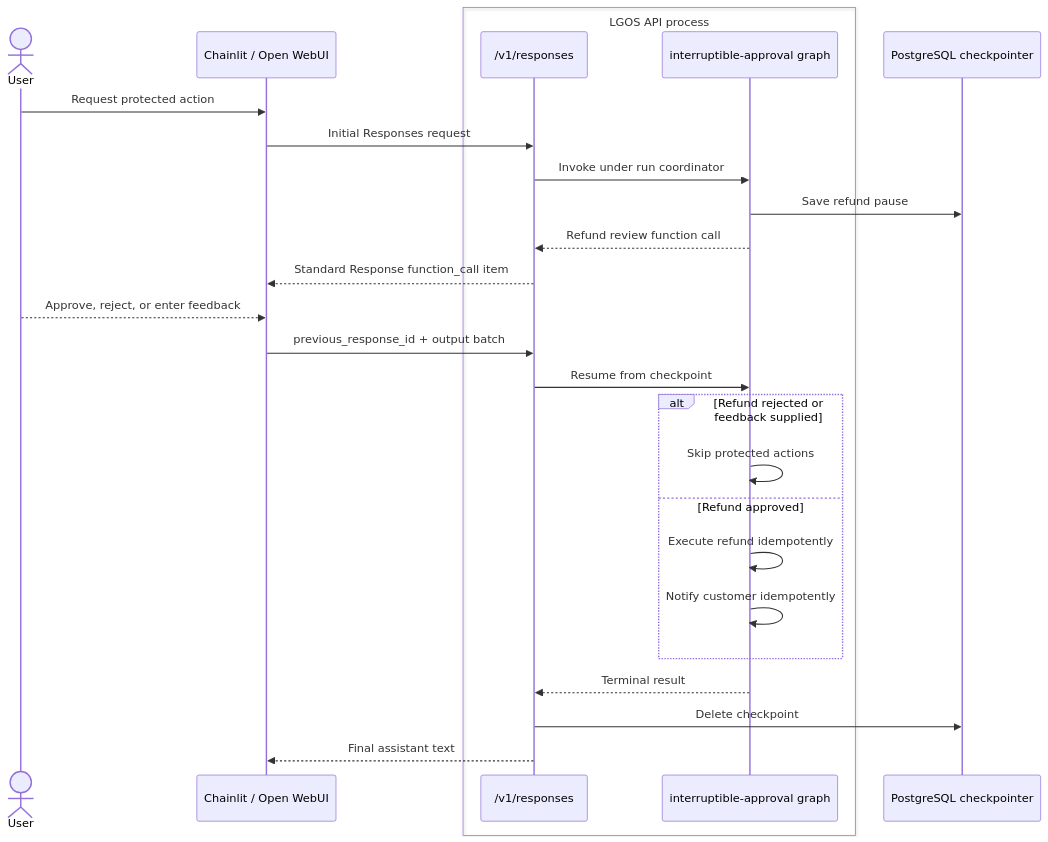
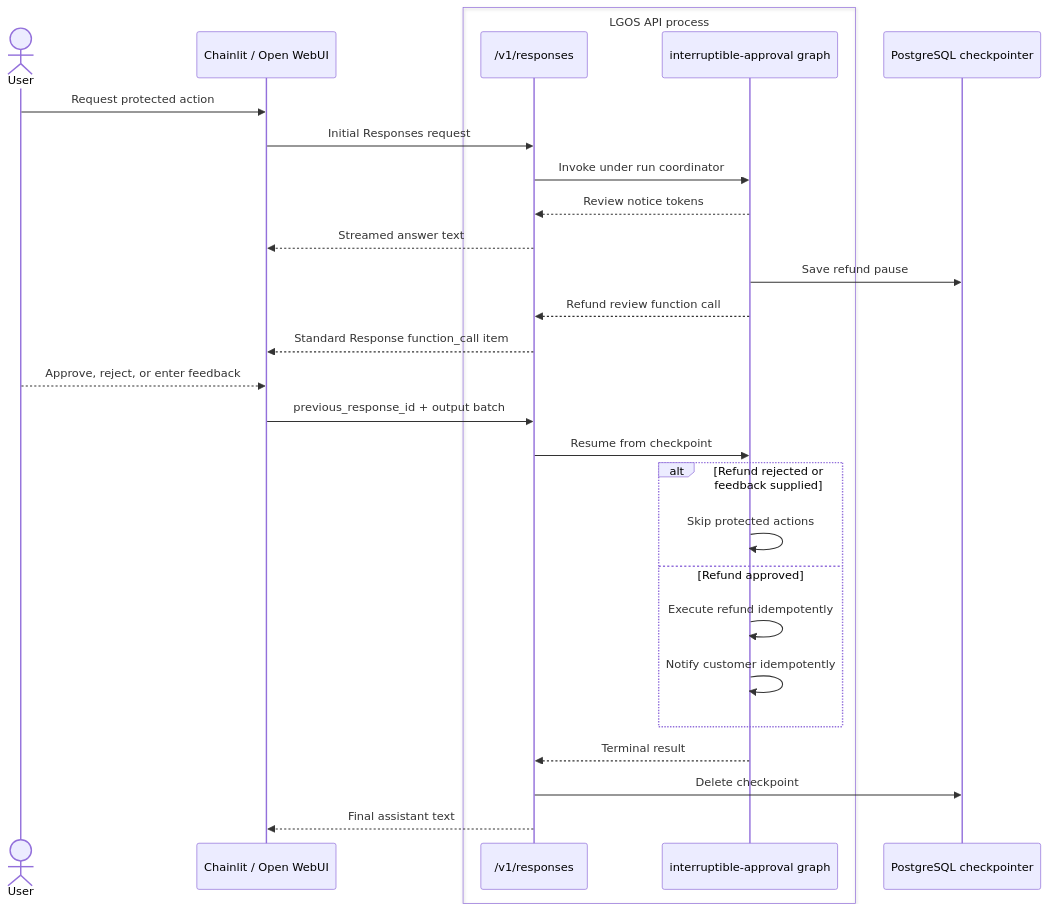
The second of 2 diagrams in docs/demo/graphs/interruptible-approval.md (ilkersigirci/langgraph-openai-serve), drawn with Mermaid before and after one commit. The commit also changed other lines of this file and 3 other files, not shown here.

Commit message:
feat(demo): stream a notice before the refund review

````diff
--- a/docs/demo/graphs/interruptible-approval.md
+++ b/docs/demo/graphs/interruptible-approval.md
@@ -33,29 +40,31 @@
 ```mermaid
 sequenceDiagram
   actor User
   participant UI as Chainlit / Open WebUI
   box LGOS API process
     participant API as /v1/responses
     participant Graph as interruptible-approval graph
   end
   participant DB as PostgreSQL checkpointer
 
   User->>UI: Request protected action
   UI->>API: Initial Responses request
   API->>Graph: Invoke under run coordinator
+  Graph-->>API: Review notice tokens
+  API-->>UI: Streamed answer text
   Graph->>DB: Save refund pause
   Graph-->>API: Refund review function call
   API-->>UI: Standard Response function_call item
   User-->>UI: Approve, reject, or enter feedback
   UI->>API: previous_response_id + output batch
   API->>Graph: Resume from checkpoint
   alt Refund rejected or feedback supplied
     Graph->>Graph: Skip protected actions
   else Refund approved
     Graph->>Graph: Execute refund idempotently
     Graph->>Graph: Notify customer idempotently
   end
   Graph-->>API: Terminal result
   API->>DB: Delete checkpoint
   API-->>UI: Final assistant text
 ```
````
